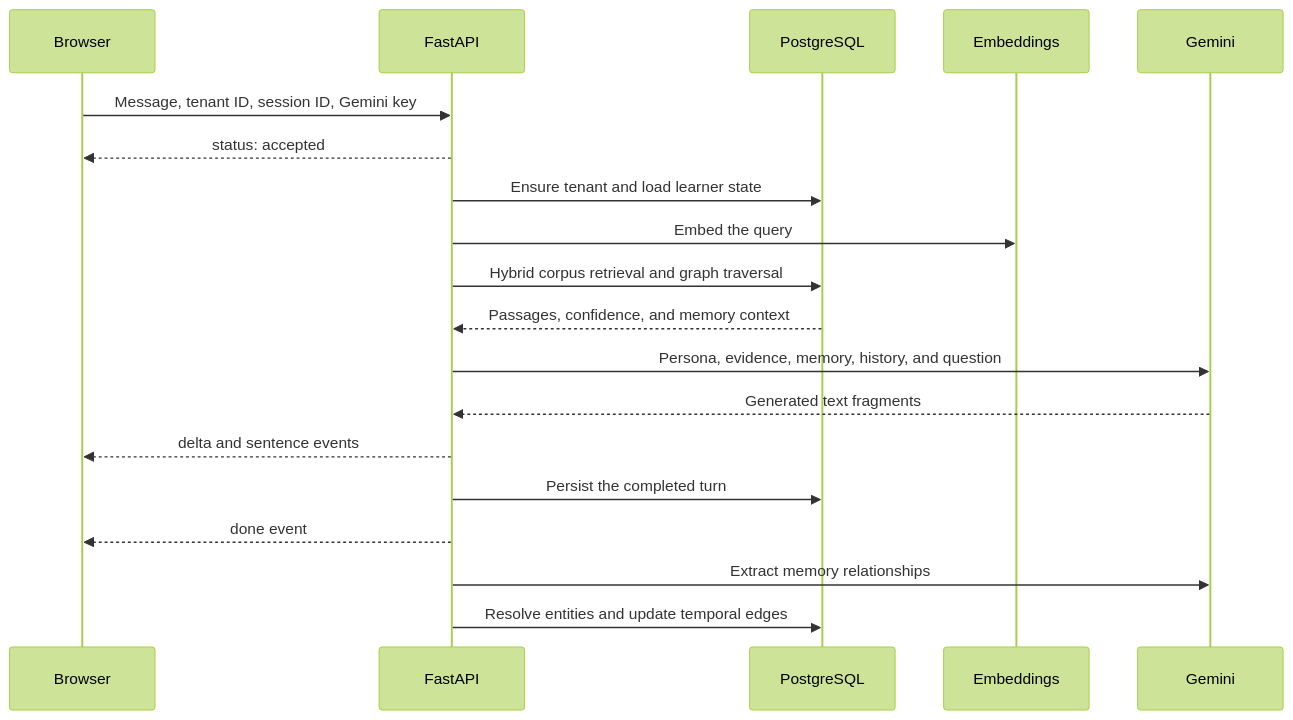
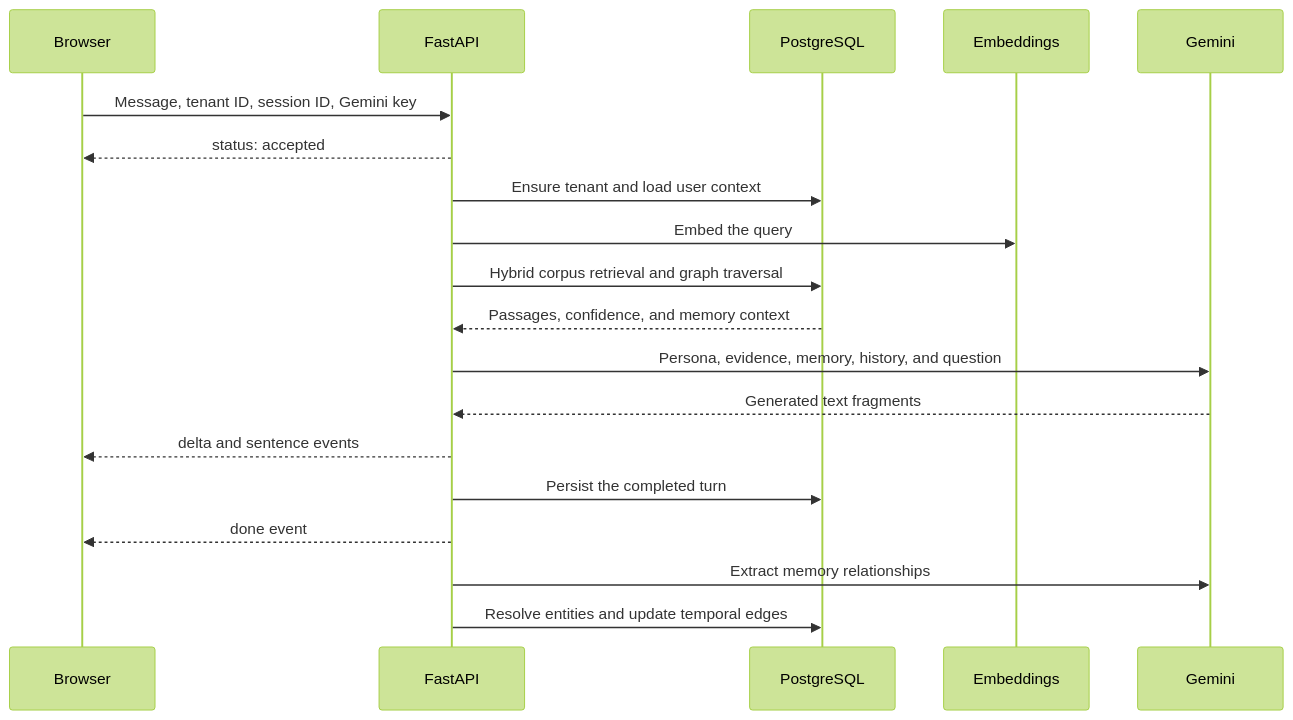
The second of 3 diagrams in architecture.md (TECHSCHOLAR777/ANDREW-NG-DIGITAL-TWIN), drawn with Mermaid (forest theme) before and after one commit. The commit also changed other lines of this file and 5 other files, not shown here.

````diff
--- a/architecture.md
+++ b/architecture.md
@@ -37,22 +37,22 @@
 ```mermaid
 sequenceDiagram
     participant UI as Browser
     participant API as FastAPI
     participant DB as PostgreSQL
     participant EMB as Embeddings
     participant LLM as Gemini
 
     UI->>API: Message, tenant ID, session ID, Gemini key
     API-->>UI: status: accepted
-    API->>DB: Ensure tenant and load learner state
+    API->>DB: Ensure tenant and load user context
     API->>EMB: Embed the query
     API->>DB: Hybrid corpus retrieval and graph traversal
     DB-->>API: Passages, confidence, and memory context
     API->>LLM: Persona, evidence, memory, history, and question
     LLM-->>API: Generated text fragments
     API-->>UI: delta and sentence events
     API->>DB: Persist the completed turn
     API-->>UI: done event
     API->>LLM: Extract memory relationships
     API->>DB: Resolve entities and update temporal edges
 ```
````
